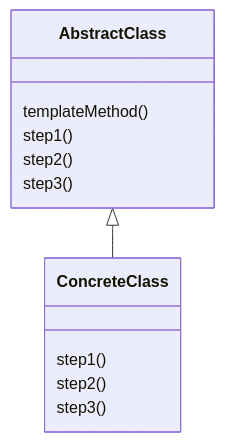
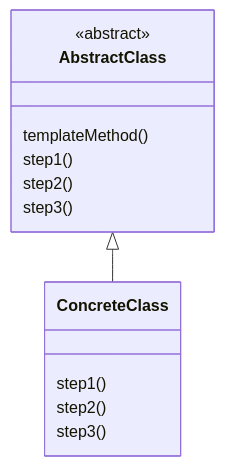
Before and after one commit to Shun100/design-patterns: the first of 2 diagrams in 01_TemplateMethod/TemplateMethod.md, drawn with Mermaid. The commit also changed 2 other files, not shown here.

Commit message:
Add 02_Singleton

````diff
--- a/01_TemplateMethod/TemplateMethod.md
+++ b/01_TemplateMethod/TemplateMethod.md
@@ -15,16 +15,17 @@
 ``` mermaid
 classDiagram
   class AbstractClass {
+    <<abstract>>
     templateMethod()
     step1()
     step2()
     step3()
   }
   class ConcreteClass {
     step1()
     step2()
     step3()
   }
 
   AbstractClass <|-- ConcreteClass
 ```
````
